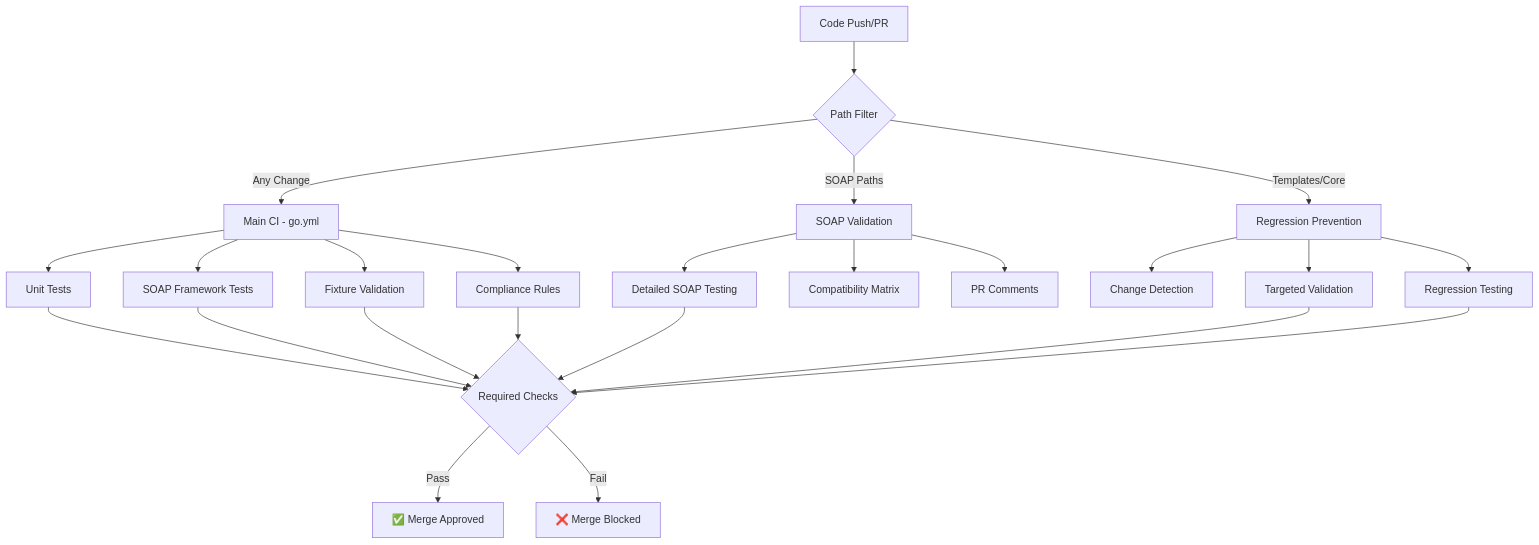
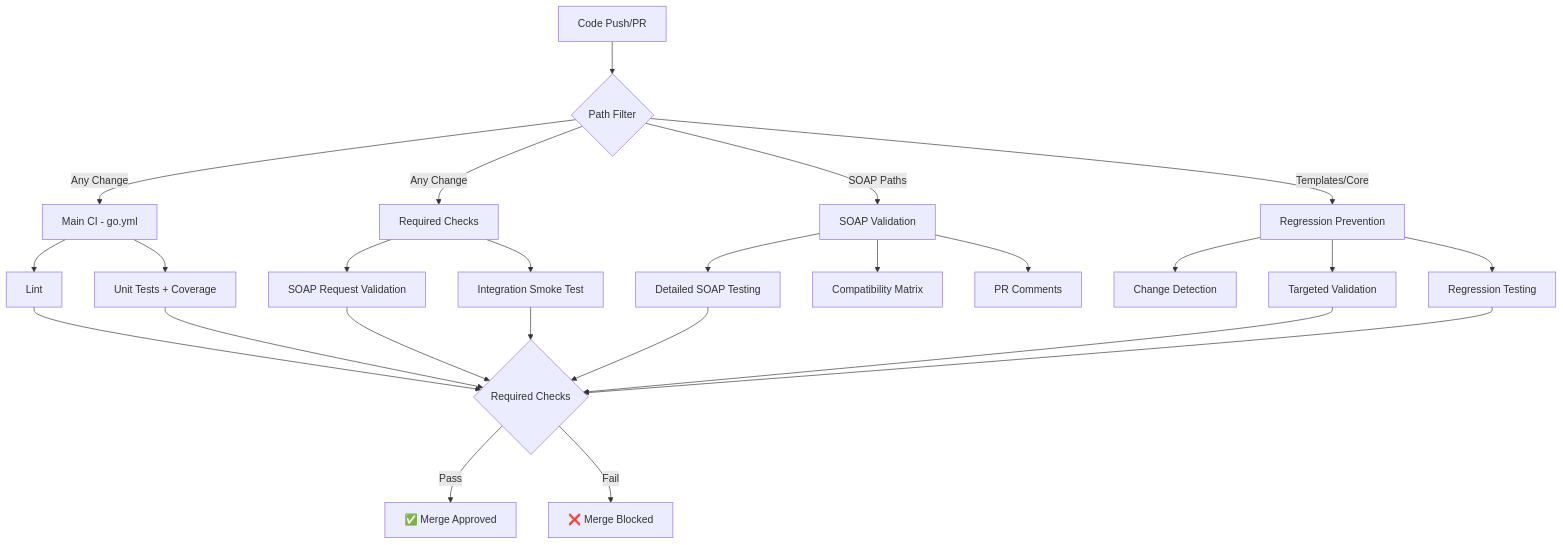
One commit to kastrul/gowsdl changed the diagram in .github/workflows/README.md. Above: the diagram before and after it, drawn with Mermaid. The commit also changed other lines of this file and 6 other files, not shown here.

````diff
--- a/.github/workflows/README.md
+++ b/.github/workflows/README.md
@@ -97,31 +95,32 @@
 ```mermaid
 graph TD
     A[Code Push/PR] --> B{Path Filter}
     B -->|Any Change| C[Main CI - go.yml]
+    B -->|Any Change| S[Required Checks]
     B -->|SOAP Paths| D[SOAP Validation]
     B -->|Templates/Core| E[Regression Prevention]
     
-    C --> F[Unit Tests]
-    C --> G[SOAP Framework Tests]
-    C --> H[Fixture Validation]
-    C --> I[Compliance Rules]
+    C --> F[Lint]
+    C --> G[Unit Tests + Coverage]
+    S --> H[SOAP Request Validation]
+    S --> I[Integration Smoke Test]
     
     D --> J[Detailed SOAP Testing]
     D --> K[Compatibility Matrix]
     D --> L[PR Comments]
     
     E --> M[Change Detection]
     E --> N[Targeted Validation]
     E --> O[Regression Testing]
     
     F --> P{Required Checks}
     G --> P
     H --> P
     I --> P
     J --> P
     N --> P
     O --> P
     
     P -->|Pass| Q[✅ Merge Approved]
     P -->|Fail| R[❌ Merge Blocked]
 ```
````
